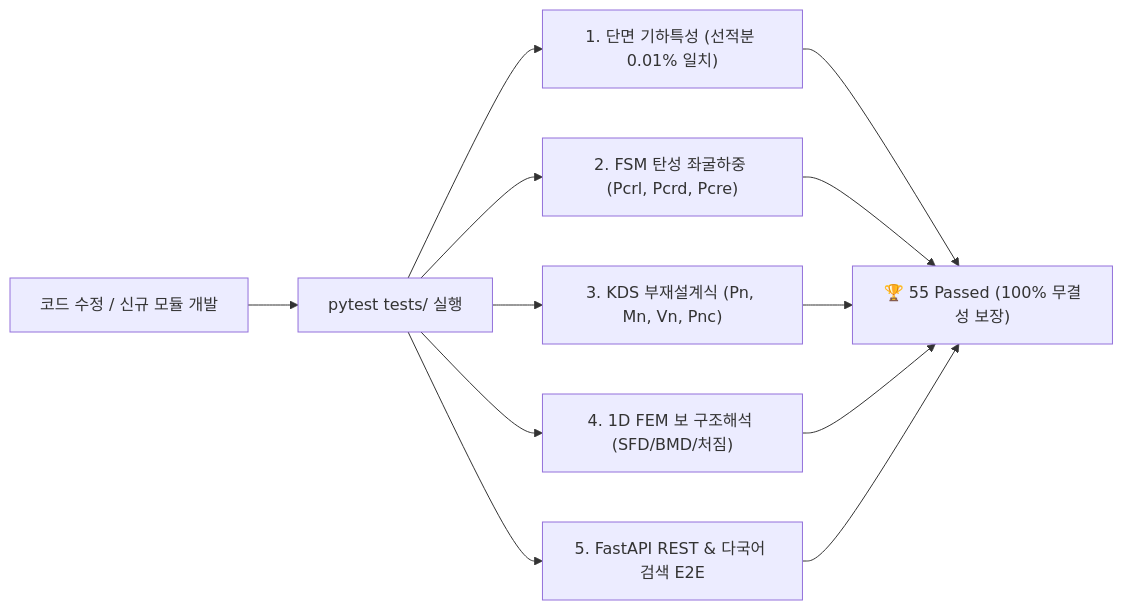
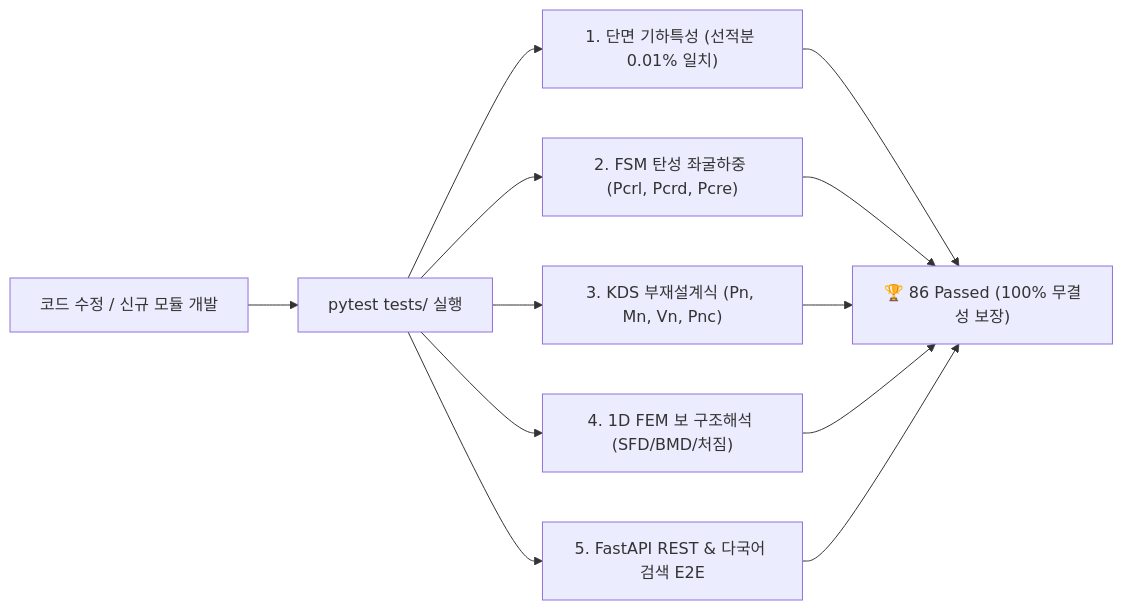
Before and after one commit to zlkiki/CFDesigner: the diagram in docs/프로젝트_구조_및_파일_인벤토리_명세.md, drawn with Mermaid. The commit also changed other lines of this file and 23 other files, not shown here.

````diff
--- a/docs/프로젝트_구조_및_파일_인벤토리_명세.md
+++ b/docs/프로젝트_구조_및_파일_인벤토리_명세.md
@@ -98,10 +144,10 @@
 ```mermaid
 graph LR
     Dev["코드 수정 / 신규 모듈 개발"] --> Pytest["pytest tests/ 실행"]
     Pytest --> Check1["1. 단면 기하특성 (선적분 0.01% 일치)"]
     Pytest --> Check2["2. FSM 탄성 좌굴하중 (Pcrl, Pcrd, Pcre)"]
     Pytest --> Check3["3. KDS 부재설계식 (Pn, Mn, Vn, Pnc)"]
     Pytest --> Check4["4. 1D FEM 보 구조해석 (SFD/BMD/처짐)"]
     Pytest --> Check5["5. FastAPI REST & 다국어 검색 E2E"]
-    Check1 & Check2 & Check3 & Check4 & Check5 --> Pass["🏆 55 Passed (100% 무결성 보장)"]
+    Check1 & Check2 & Check3 & Check4 & Check5 --> Pass["🏆 86 Passed (100% 무결성 보장)"]
 ```
````
